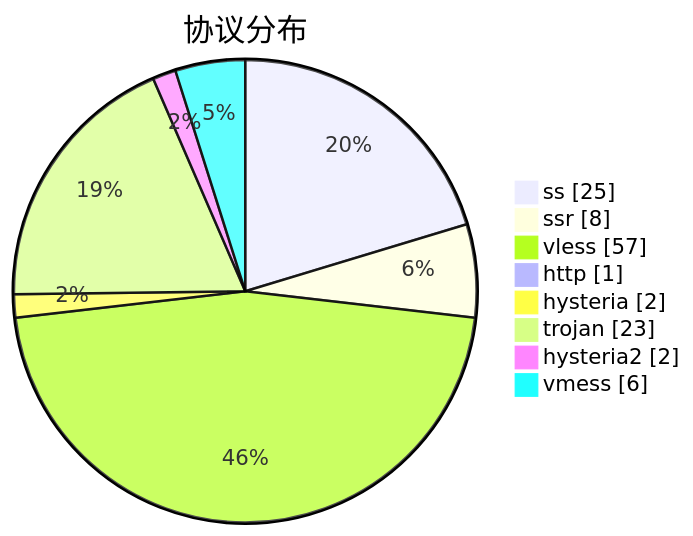
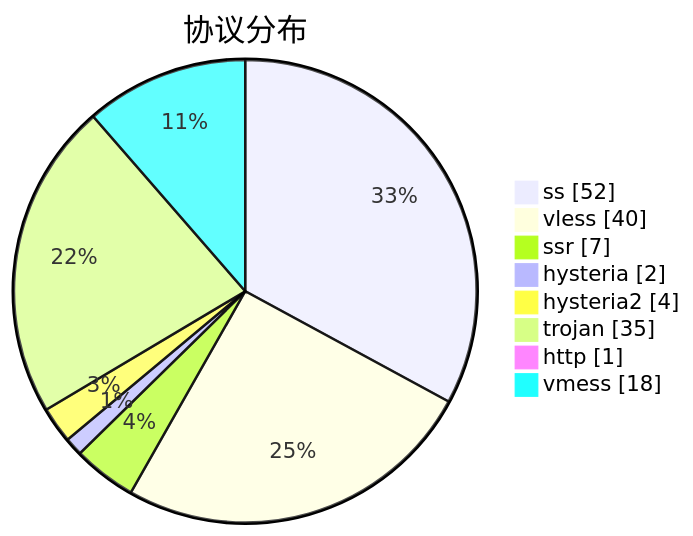
One commit to sinspired/airport changed the third of 3 diagrams in subs/statistics/tested_within.md. Above: the diagram before and after it, drawn with Mermaid. The commit also changed other lines of this file and 2 other files, not shown here.

````diff
--- a/subs/statistics/tested_within.md
+++ b/subs/statistics/tested_within.md
@@ -39,12 +38,12 @@
 ```mermaid
 pie showData
 title 协议分布
-"ss" : 25
-"ssr" : 8
-"vless" : 57
+"ss" : 52
+"vless" : 40
+"ssr" : 7
+"hysteria" : 2
+"hysteria2" : 4
+"trojan" : 35
 "http" : 1
-"hysteria" : 2
-"trojan" : 23
-"hysteria2" : 2
-"vmess" : 6
+"vmess" : 18
 ```
````
